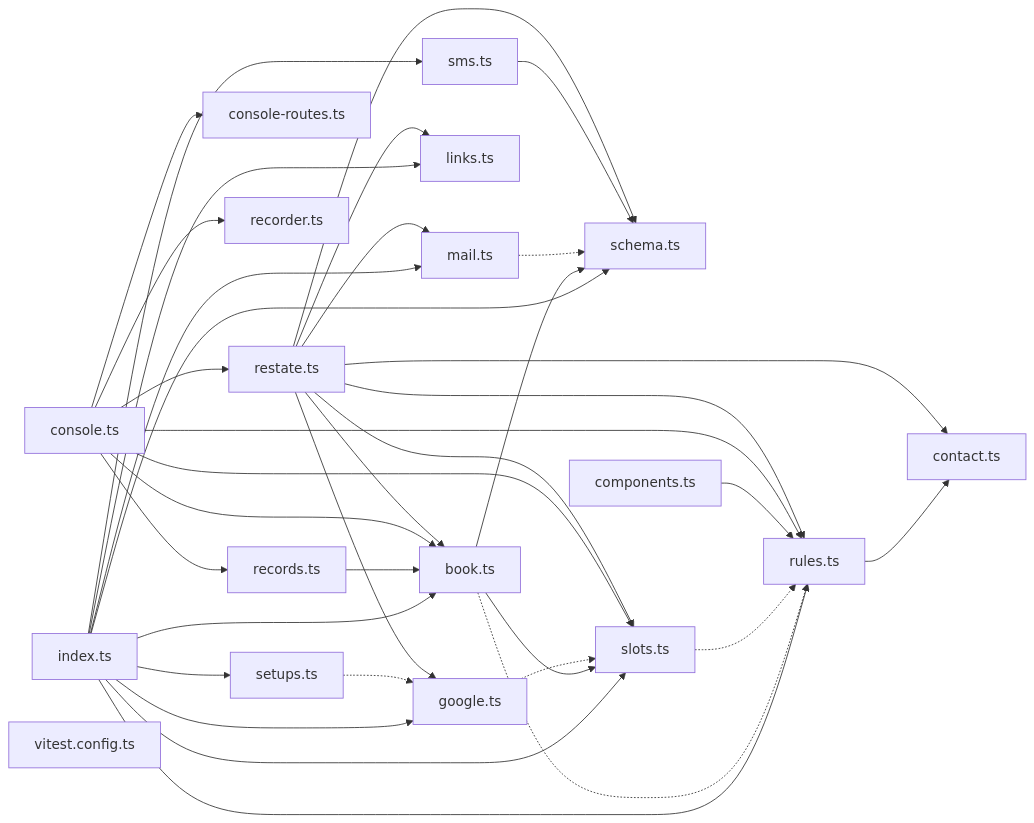
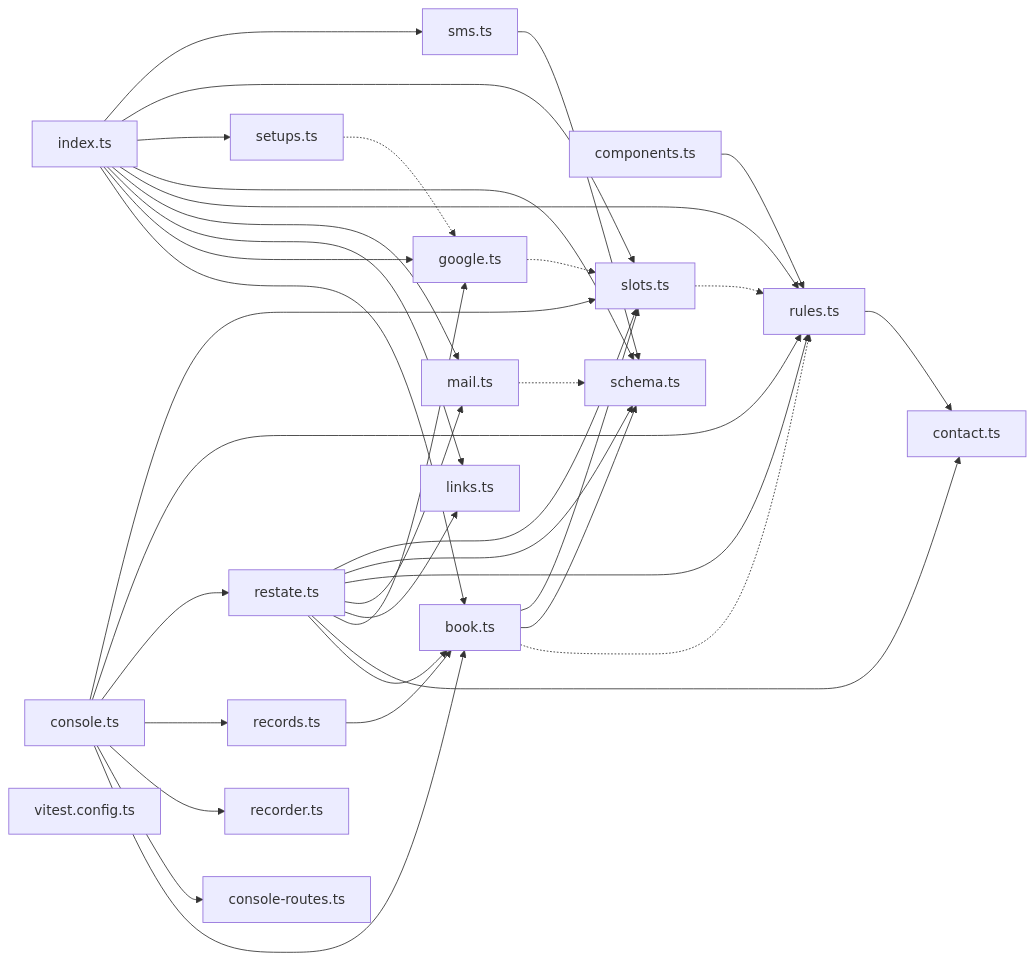
One commit to wrenautomation/wren changed the diagram in map/generated/imports/@wren+calendar.md. Above: the diagram before and after it, drawn with Mermaid. The commit also changed other lines of this file and 96 other files, not shown here.

````diff
--- a/map/generated/imports/@wren+calendar.md
+++ b/map/generated/imports/@wren+calendar.md
@@ -20,56 +20,56 @@
 ```mermaid
 flowchart LR
+  nbook_ts["book.ts"]
+  ncomponents_ts["components.ts"]
+  nconsole_routes_ts["console-routes.ts"]
+  nconsole_ts["console.ts"]
+  ncontact_ts["contact.ts"]
+  ngoogle_ts["google.ts"]
   nindex_ts["index.ts"]
-  nbook_ts["book.ts"]
-  nrules_ts["rules.ts"]
-  ncontact_ts["contact.ts"]
-  nschema_ts["schema.ts"]
-  nslots_ts["slots.ts"]
-  ngoogle_ts["google.ts"]
   nlinks_ts["links.ts"]
   nmail_ts["mail.ts"]
+  nrecorder_ts["recorder.ts"]
+  nrecords_ts["records.ts"]
+  nrestate_ts["restate.ts"]
+  nrules_ts["rules.ts"]
+  nschema_ts["schema.ts"]
   nsetups_ts["setups.ts"]
+  nslots_ts["slots.ts"]
   nsms_ts["sms.ts"]
-  ncomponents_ts["components.ts"]
-  nconsole_routes_ts["console-routes.ts"]
-  nrecords_ts["records.ts"]
-  nconsole_ts["console.ts"]
-  nrecorder_ts["recorder.ts"]
-  nrestate_ts["restate.ts"]
   nvitest_config_ts["vitest.config.ts"]
+  nbook_ts -.-> nrules_ts
+  nbook_ts --> nschema_ts
+  nbook_ts --> nslots_ts
+  ncomponents_ts --> nrules_ts
+  nconsole_ts --> nbook_ts
+  nconsole_ts --> nconsole_routes_ts
+  nconsole_ts --> nrecorder_ts
+  nconsole_ts --> nrecords_ts
+  nconsole_ts --> nrestate_ts
+  nconsole_ts --> nrules_ts
+  nconsole_ts --> nslots_ts
+  ngoogle_ts -.-> nslots_ts
   nindex_ts --> nbook_ts
   nindex_ts --> ngoogle_ts
   nindex_ts --> nlinks_ts
   nindex_ts --> nmail_ts
   nindex_ts --> nrules_ts
   nindex_ts --> nschema_ts
   nindex_ts --> nsetups_ts
   nindex_ts --> nslots_ts
   nindex_ts --> nsms_ts
-  nbook_ts -.-> nrules_ts
-  nbook_ts --> nschema_ts
-  nbook_ts --> nslots_ts
-  nrules_ts --> ncontact_ts
-  nslots_ts -.-> nrules_ts
-  ngoogle_ts -.-> nslots_ts
   nmail_ts -.-> nschema_ts
-  nsetups_ts -.-> ngoogle_ts
-  nsms_ts --> nschema_ts
-  ncomponents_ts --> nrules_ts
   nrecords_ts --> nbook_ts
-  nconsole_ts --> nbook_ts
-  nconsole_ts --> nconsole_routes_ts
-  nconsole_ts --> nrecorder_ts
-  nconsole_ts --> nrecords_ts
-  nconsole_ts --> nrestate_ts
-  nconsole_ts --> nrules_ts
-  nconsole_ts --> nslots_ts
   nrestate_ts --> nbook_ts
   nrestate_ts --> ncontact_ts
   nrestate_ts --> ngoogle_ts
   nrestate_ts --> nlinks_ts
   nrestate_ts --> nmail_ts
   nrestate_ts --> nrules_ts
   nrestate_ts --> nschema_ts
   nrestate_ts --> nslots_ts
+  nrules_ts --> ncontact_ts
+  nsetups_ts -.-> ngoogle_ts
+  nslots_ts -.-> nrules_ts
+  nsms_ts --> nschema_ts
 ```
````
